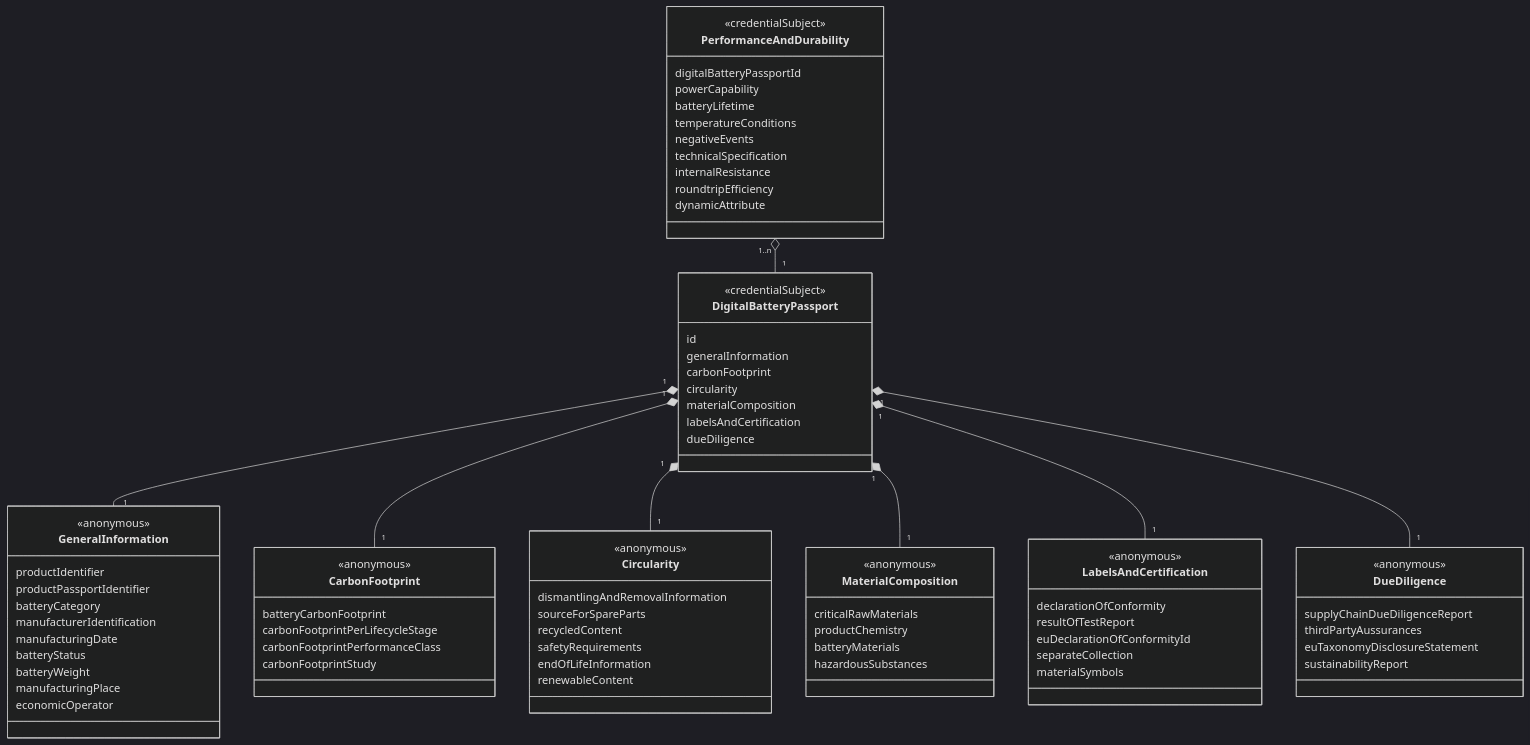
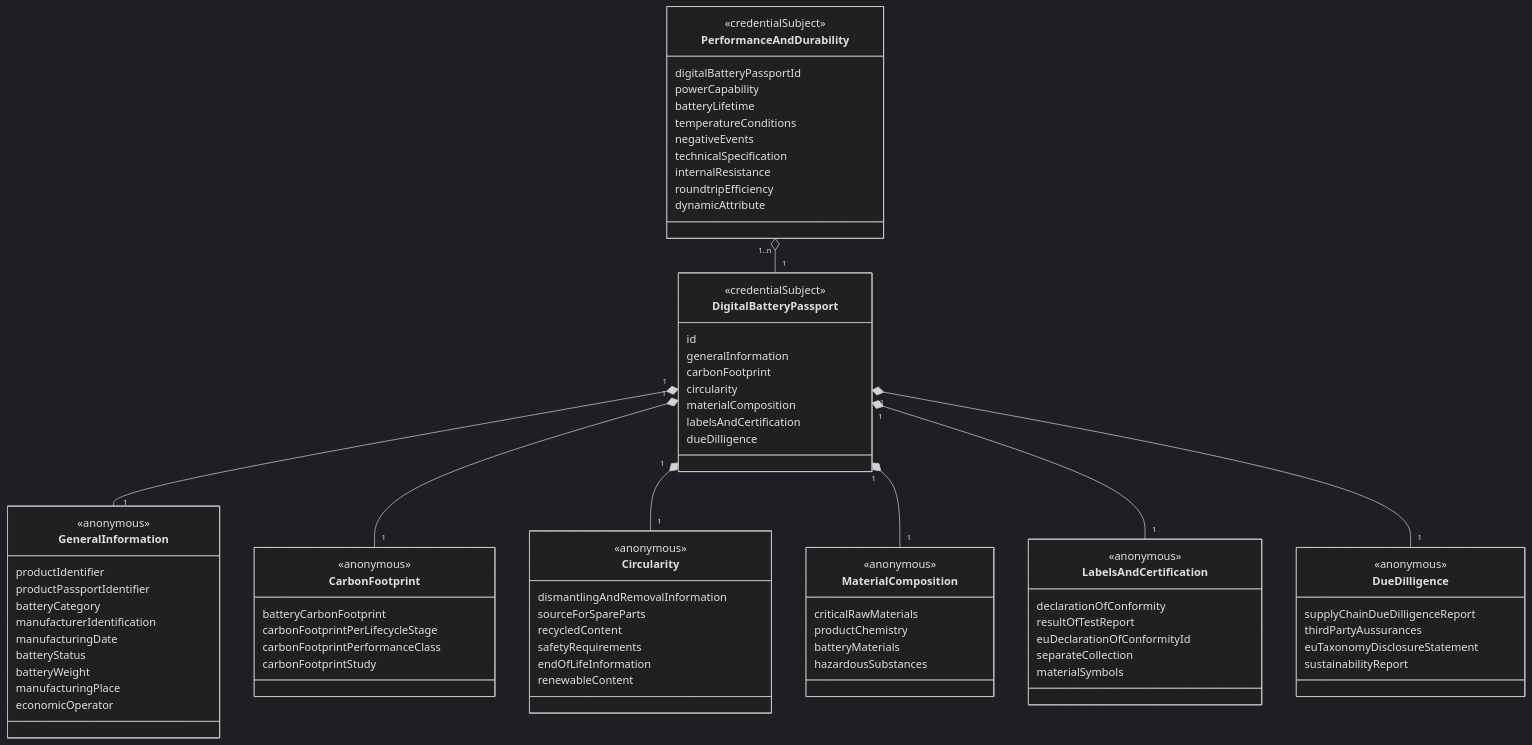
One commit to spherity/dpp-vocabulary changed the first of 8 diagrams in docs/contexts/dbp/vocabulary.md. Above: the diagram before and after it, drawn with Mermaid (dark theme). The commit also changed other lines of this file and 2 other files, not shown here.

````diff
--- a/docs/contexts/dbp/vocabulary.md
+++ b/docs/contexts/dbp/vocabulary.md
@@ -107,7 +107,7 @@
         circularity
         materialComposition
         labelsAndCertification
-        dueDiligence
+        dueDilligence
     }
     class GeneralInformation{
         <<anonymous>>
@@ -164,9 +164,9 @@
         separateCollection
         materialSymbols
     }
-    class DueDiligence{
+    class DueDilligence{
         <<anonymous>>
-        supplyChainDueDiligenceReport
+        supplyChainDueDilligenceReport
         thirdPartyAussurances
         euTaxonomyDisclosureStatement
         sustainabilityReport
@@ -178,5 +178,5 @@
     DigitalBatteryPassport "1" *-- "1" MaterialComposition
     PerformanceAndDurability "1..n" o-- "1" DigitalBatteryPassport
     DigitalBatteryPassport "1" *-- "1" LabelsAndCertification
-    DigitalBatteryPassport "1" *-- "1" DueDiligence
+    DigitalBatteryPassport "1" *-- "1" DueDilligence
 ```
````
